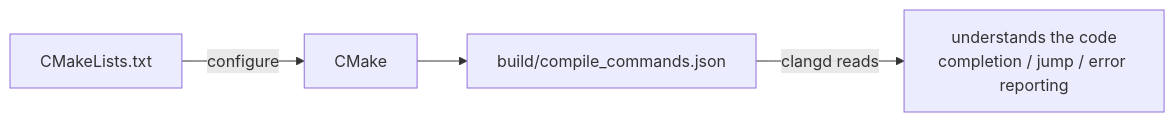
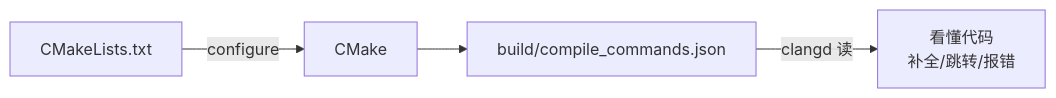
Before and after one commit to Awesome-Embedded-Learning-Studio/Tutorial_AwesomeModernCPP: the diagram in documents/en/getting-started/05-vscode-clangd.md, drawn with Mermaid. The commit also changed other lines of this file and 749 other files, not shown here.

````diff
--- a/documents/en/getting-started/05-vscode-clangd.md
+++ b/documents/en/getting-started/05-vscode-clangd.md
@@ -179,6 +179,6 @@
 ```mermaid
 flowchart LR
     A["CMakeLists.txt"] -->|configure| B["CMake"]
     B --> C["build/compile_commands.json"]
-    C -->|clangd reads| D["understands the code<br/>completion / jump / error reporting"]
+    C -->|clangd 读| D["看懂代码<br/>补全/跳转/报错"]
 ```
````
